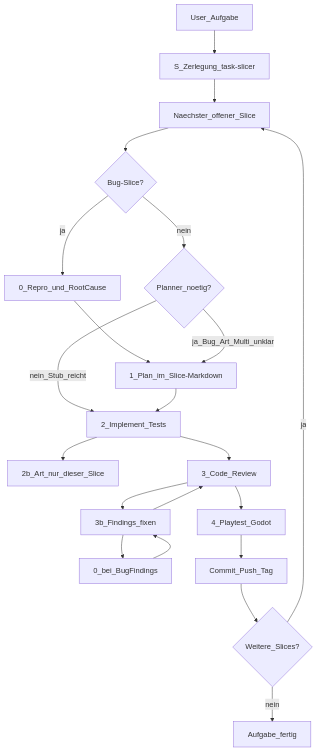
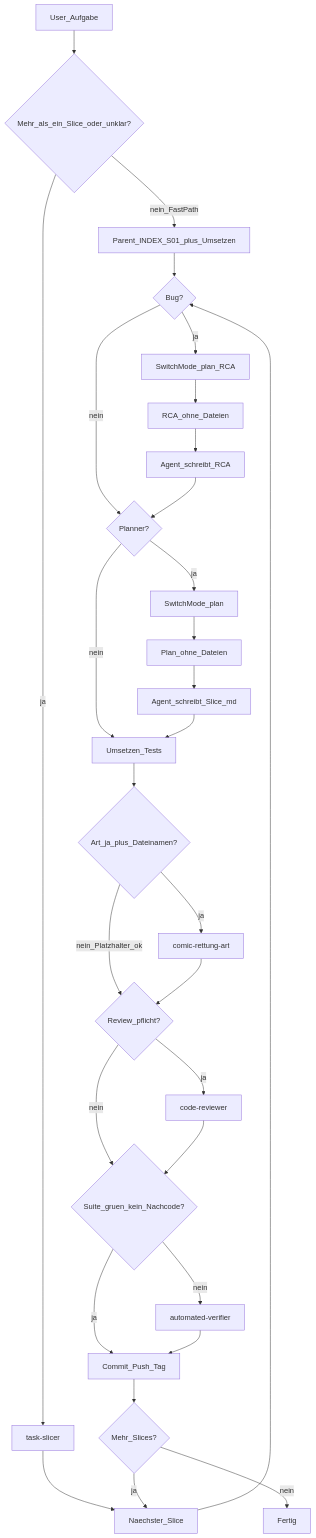
Before and after one commit to stefanObs/transforming-rescue-mechs: the diagram in docs/ENTWICKLUNGSABLAUF.md, drawn with Mermaid. The commit also changed other lines of this file and 13 other files, not shown here.

Commit message:
Adopt Schreiblernspiel-style Fast-Path workflow: plan mode first, verifier over mandatory playtest.

````diff
--- a/docs/ENTWICKLUNGSABLAUF.md
+++ b/docs/ENTWICKLUNGSABLAUF.md
@@ -9,23 +11,32 @@
 ```mermaid
 flowchart TB
-  Task[User_Aufgabe] --> S[S_Zerlegung_task-slicer]
-  S --> Q[Naechster_offener_Slice]
-  Q --> Bug{Bug-Slice?}
-  Bug -->|ja| RCA[0_Repro_und_RootCause]
-  Bug -->|nein| PlanQ{Planner_noetig?}
-  RCA --> P
-  PlanQ -->|ja_Bug_Art_Multi_unklar| P[1_Plan_im_Slice-Markdown]
-  PlanQ -->|nein_Stub_reicht| I
-  P --> I[2_Implement_Tests]
-  I --> A[2b_Art_nur_dieser_Slice]
-  I --> R[3_Code_Review]
-  R --> F[3b_Findings_fixen]
-  F --> RCA2[0_bei_BugFindings]
-  RCA2 --> F
-  F --> R
-  R --> T[4_Playtest_Godot]
-  T --> Git[Commit_Push_Tag]
-  Git --> More{Weitere_Slices?}
-  More -->|ja| Q
-  More -->|nein| Done[Aufgabe_fertig]
+  Task[User_Aufgabe] --> Size{Mehr_als_ein_Slice_oder_unklar?}
+  Size -->|nein_FastPath| Parent[Parent_INDEX_S01_plus_Umsetzen]
+  Size -->|ja| Slicer[task-slicer]
+  Slicer --> Next[Naechster_Slice]
+  Parent --> Bug0{Bug?}
+  Next --> Bug0
+  Bug0 -->|ja| RcaMode[SwitchMode_plan_RCA]
+  Bug0 -->|nein| PlanQ{Planner?}
+  RcaMode --> RcaOut[RCA_ohne_Dateien]
+  RcaOut --> RcaWrite[Agent_schreibt_RCA]
+  RcaWrite --> PlanQ
+  PlanQ -->|ja| PlanMode[SwitchMode_plan]
+  PlanQ -->|nein| Impl[Umsetzen_Tests]
+  PlanMode --> PlanOut[Plan_ohne_Dateien]
+  PlanOut --> Write[Agent_schreibt_Slice_md]
+  Write --> Impl
+  Impl --> ArtQ{Art_ja_plus_Dateinamen?}
+  ArtQ -->|ja| Art[comic-rettung-art]
+  ArtQ -->|nein_Platzhalter_ok| RevQ
+  Art --> RevQ{Review_pflicht?}
+  RevQ -->|ja| Review[code-reviewer]
+  RevQ -->|nein| Green
+  Review --> Green{Suite_gruen_kein_Nachcode?}
+  Green -->|ja| Git[Commit_Push_Tag]
+  Green -->|nein| Verify[automated-verifier]
+  Verify --> Git
+  Git --> More{Mehr_Slices?}
+  More -->|ja| Next
+  More -->|nein| Done[Fertig]
 ```
````
